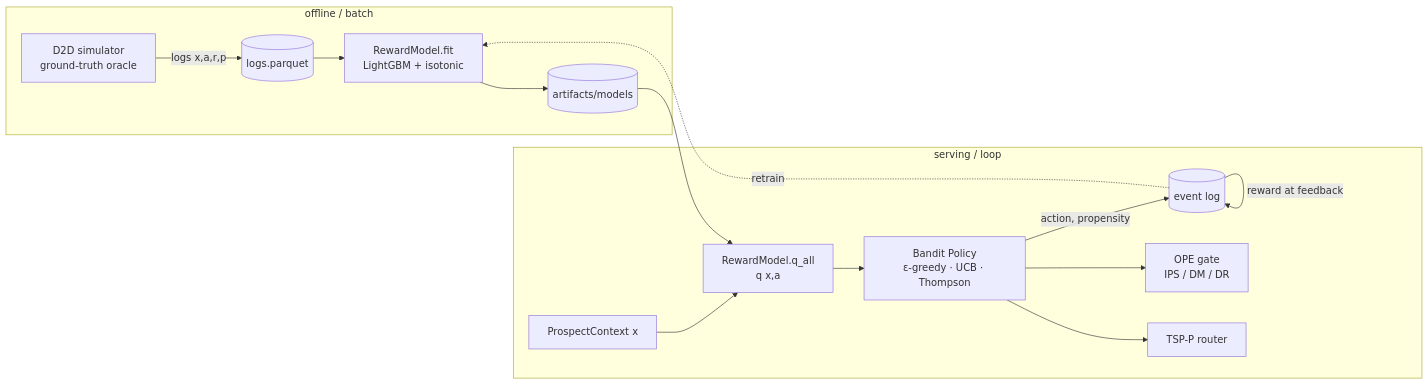
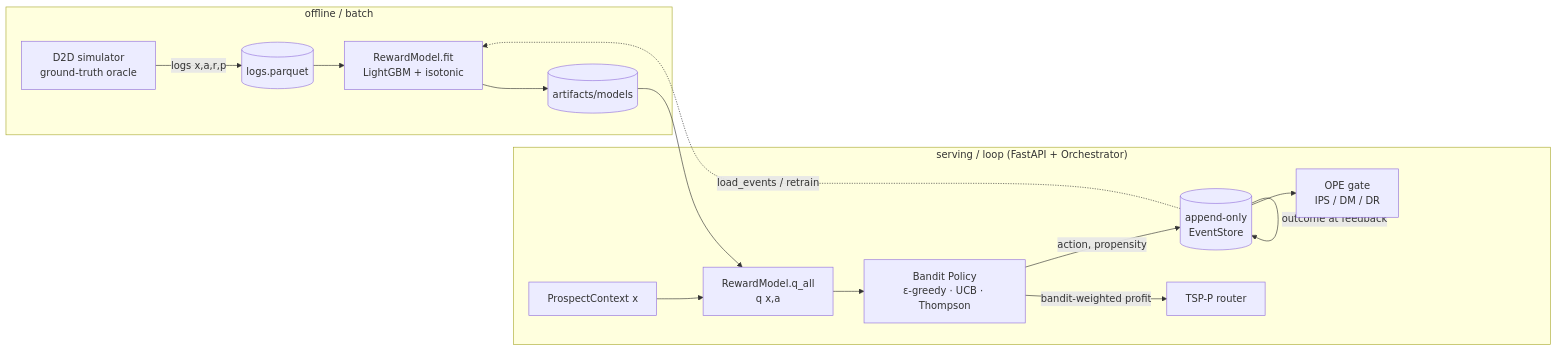
One commit to Avistian/nba changed the diagram in ARCHITECTURE.md. Above: the diagram before and after it, drawn with Mermaid. The commit also changed other lines of this file and 12 other files, not shown here.

````diff
--- a/ARCHITECTURE.md
+++ b/ARCHITECTURE.md
@@ -16,18 +16,18 @@
 ```mermaid
 flowchart LR
     subgraph offline["offline / batch"]
         SIM[D2D simulator<br/>ground-truth oracle] -->|logs x,a,r,p| LOGS[(logs.parquet)]
         LOGS --> RM[RewardModel.fit<br/>LightGBM + isotonic]
         RM --> ART[(artifacts/models)]
     end
-    subgraph online["serving / loop"]
+    subgraph online["serving / loop (FastAPI + Orchestrator)"]
         CTX[ProspectContext x] --> Q[RewardModel.q_all<br/>q x,a]
         Q --> POL[Bandit Policy<br/>ε-greedy · UCB · Thompson]
-        POL -->|action, propensity| LOG2[(event log)]
-        LOG2 -->|reward at feedback| LOG2
-        POL --> OPE[OPE gate<br/>IPS / DM / DR]
-        POL --> ROUTE[TSP-P router]
+        POL -->|action, propensity| STORE[(append-only<br/>EventStore)]
+        STORE -->|outcome at feedback| STORE
+        POL -->|bandit-weighted profit| ROUTE[TSP-P router]
+        STORE --> OPE[OPE gate<br/>IPS / DM / DR]
     end
     ART --> Q
-    LOG2 -.retrain.-> RM
+    STORE -.load_events / retrain.-> RM
 ```
````
